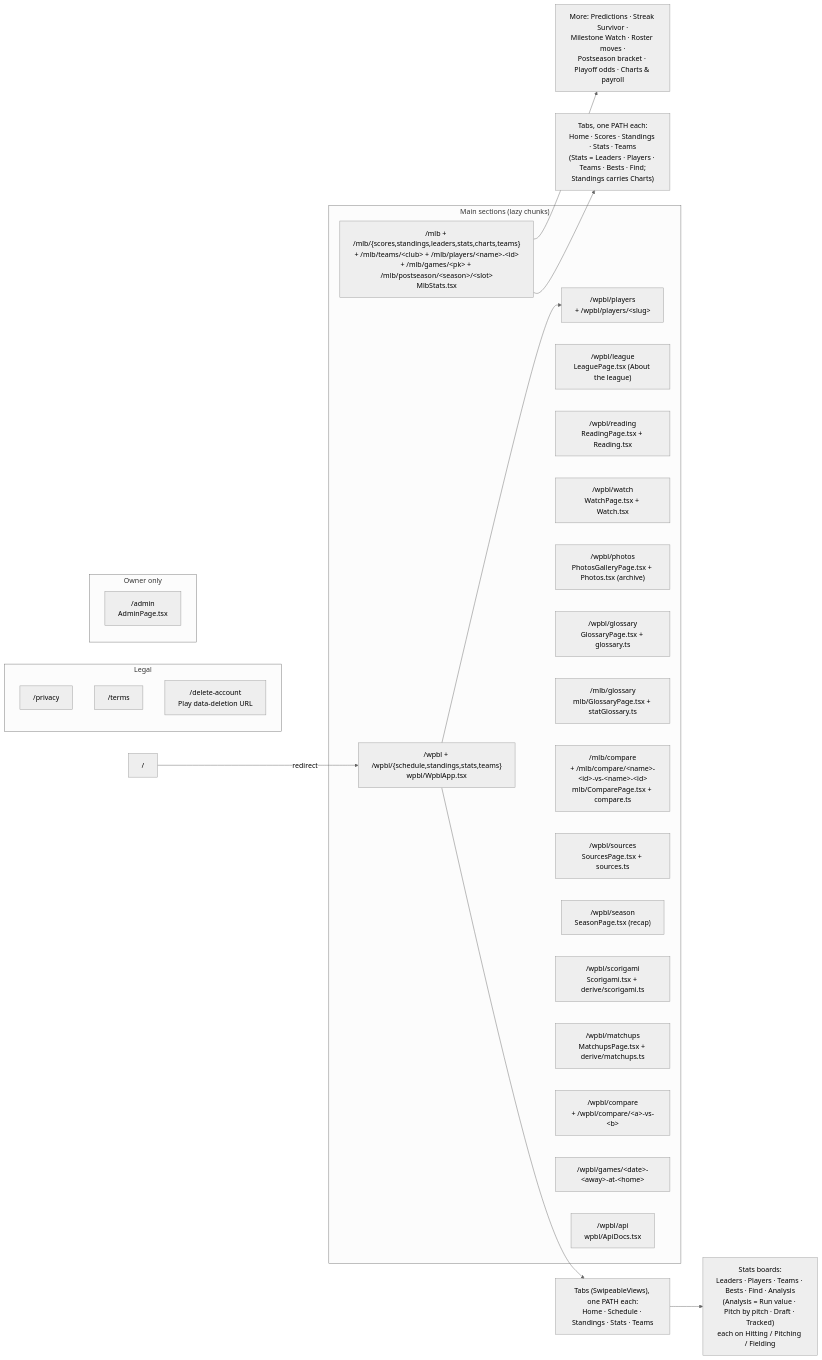
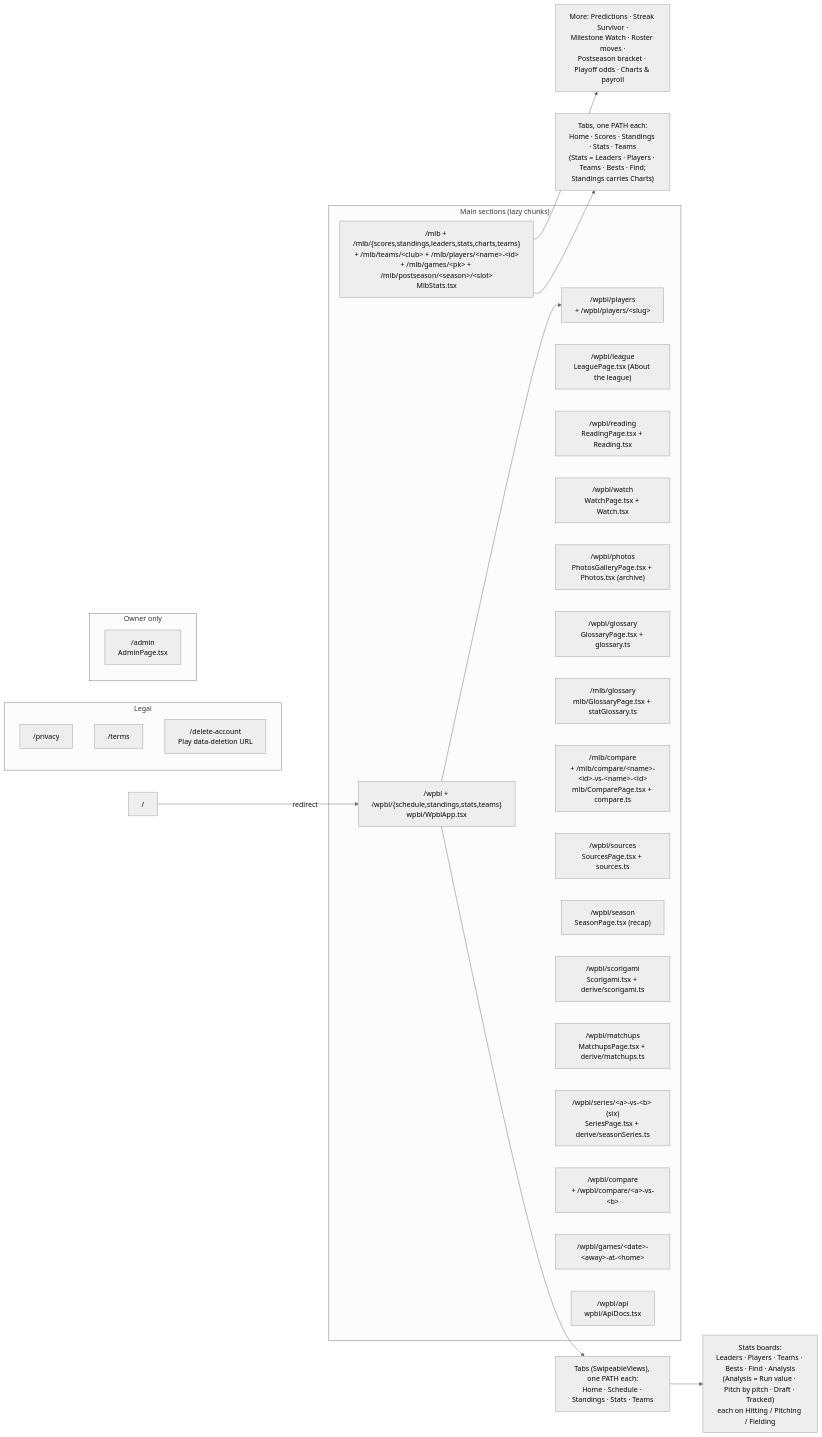
Before and after one commit to sportydolphin/fun: the second of 5 diagrams in ARCHITECTURE.md, drawn with Mermaid (neutral theme). The commit also changed 16 other files, not shown here.

````diff
--- a/ARCHITECTURE.md
+++ b/ARCHITECTURE.md
@@ -98,39 +98,40 @@
 ```mermaid
 flowchart LR
     subgraph Main["Main sections (lazy chunks)"]
         mlb["/mlb + /mlb/{scores,standings,leaders,stats,charts,teams}<br/>+ /mlb/teams/&lt;club&gt; + /mlb/players/&lt;name&gt;-&lt;id&gt;<br/>+ /mlb/games/&lt;pk&gt; + /mlb/postseason/&lt;season&gt;/&lt;slot&gt;<br/>MlbStats.tsx"]
         wpbl["/wpbl + /wpbl/{schedule,standings,stats,teams}<br/>wpbl/WpblApp.tsx"]
         wplayers["/wpbl/players<br/>+ /wpbl/players/&lt;slug&gt;"]
         wleague["/wpbl/league<br/>LeaguePage.tsx (About the league)"]
         wreading["/wpbl/reading<br/>ReadingPage.tsx + Reading.tsx"]
         wwatch["/wpbl/watch<br/>WatchPage.tsx + Watch.tsx"]
         wphotos["/wpbl/photos<br/>PhotosGalleryPage.tsx + Photos.tsx (archive)"]
         wgloss["/wpbl/glossary<br/>GlossaryPage.tsx + glossary.ts"]
         mgloss["/mlb/glossary<br/>mlb/GlossaryPage.tsx + statGlossary.ts"]
         mcmp["/mlb/compare<br/>+ /mlb/compare/&lt;name&gt;-&lt;id&gt;-vs-&lt;name&gt;-&lt;id&gt;<br/>mlb/ComparePage.tsx + compare.ts"]
         wsrc["/wpbl/sources<br/>SourcesPage.tsx + sources.ts"]
         wseason["/wpbl/season<br/>SeasonPage.tsx (recap)"]
         wscori["/wpbl/scorigami<br/>Scorigami.tsx + derive/scorigami.ts"]
         wmatch["/wpbl/matchups<br/>MatchupsPage.tsx + derive/matchups.ts"]
+        wseries["/wpbl/series/&lt;a&gt;-vs-&lt;b&gt; (six)<br/>SeriesPage.tsx + derive/seasonSeries.ts"]
         wcmp["/wpbl/compare<br/>+ /wpbl/compare/&lt;a&gt;-vs-&lt;b&gt;"]
         wgames["/wpbl/games/&lt;date&gt;-&lt;away&gt;-at-&lt;home&gt;"]
         api["/wpbl/api<br/>wpbl/ApiDocs.tsx"]
     end
 
     subgraph Legal["Legal"]
         priv["/privacy"]
         terms["/terms"]
         del["/delete-account<br/>Play data-deletion URL"]
     end
 
     subgraph Owner["Owner only"]
         adm["/admin<br/>AdminPage.tsx"]
     end
 
     root["/"] -->|redirect| wpbl
     wpbl --> wtabs["Tabs (SwipeableViews), one PATH each:<br/>Home · Schedule · Standings · Stats · Teams"]
     wtabs --> wstats["Stats boards:<br/>Leaders · Players · Teams · Bests · Find · Analysis<br/>(Analysis = Run value · Pitch by pitch · Draft · Tracked)<br/>each on Hitting / Pitching / Fielding"]
     wpbl --> wplayers
     mlb --> mtabs["Tabs, one PATH each:<br/>Home · Scores · Standings · Stats · Teams<br/>(Stats = Leaders · Players · Teams · Bests · Find;<br/>Standings carries Charts)"]
     mlb --> mmore["More: Predictions · Streak Survivor ·<br/>Milestone Watch · Roster moves ·<br/>Postseason bracket · Playoff odds · Charts & payroll"]
 ```
````
